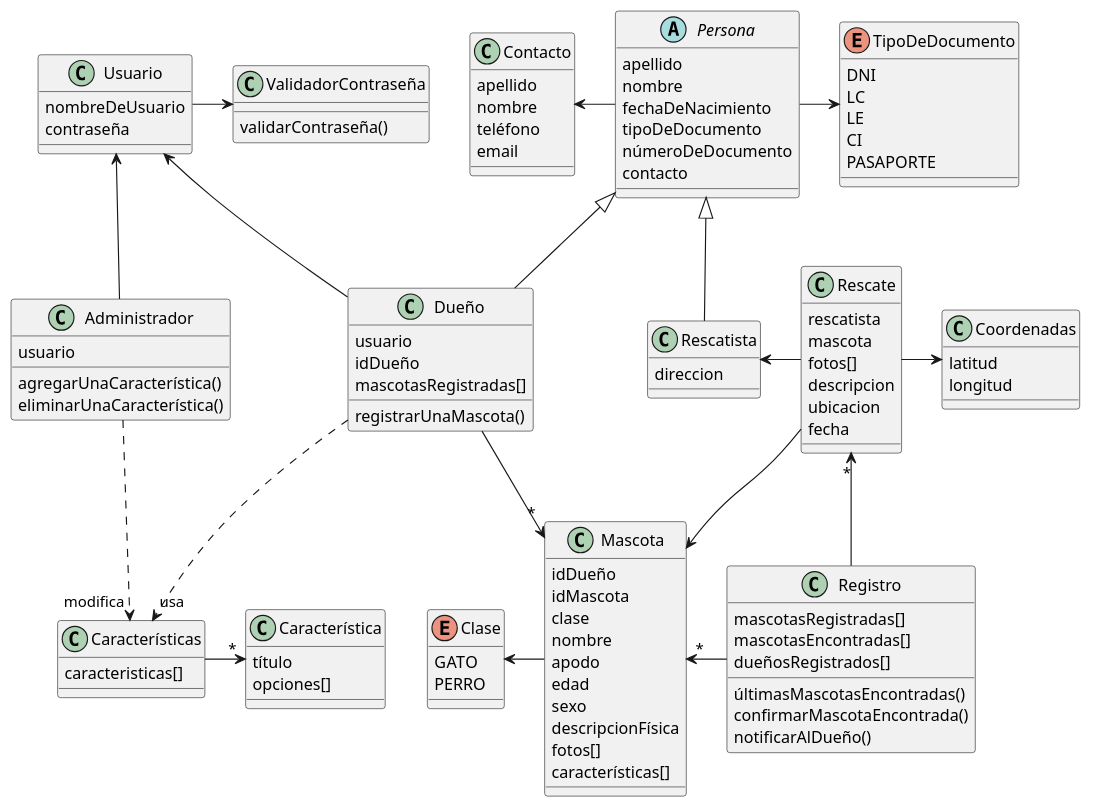
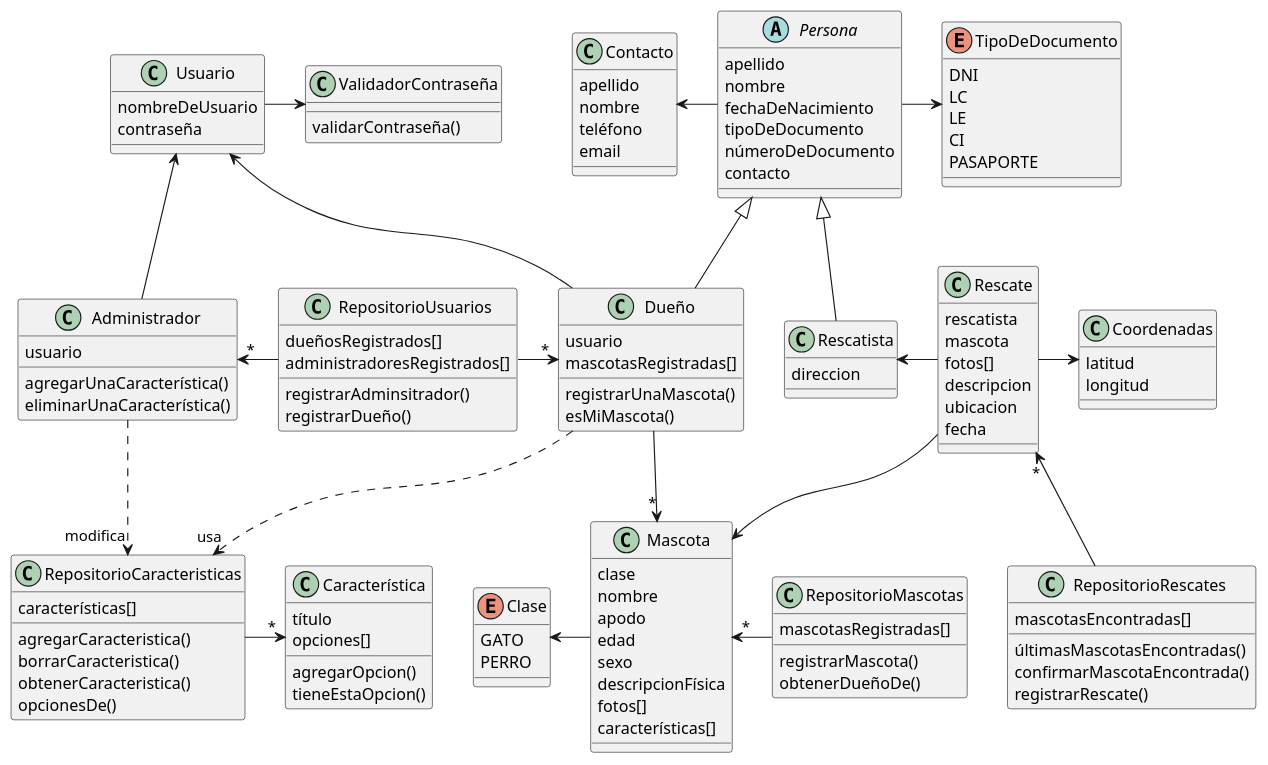
Before and after one commit to aleeherasimiuk/RescateDePatitas: the diagram in diagramaDeClases.plantuml, drawn with PlantUML.

Commit message:
Modificamos diagrama de clases

```diff
--- a/diagramaDeClases.plantuml
+++ b/diagramaDeClases.plantuml
@@ -1,133 +1,148 @@
 @startuml RescateDePatitas
 
 
 abstract class Persona{
   apellido
   nombre
   fechaDeNacimiento
   tipoDeDocumento
   númeroDeDocumento
   contacto
 
 }
 
 class Contacto{
   apellido
   nombre
   teléfono
   email
 }
 
 class Rescatista{
   direccion
 }
 
 class Mascota{
-  idDueño
-  idMascota
   clase
   nombre
   apodo
   edad
   sexo
   descripcionFísica
   fotos[]
   características[]
 }
 
 enum Clase{
   GATO
   PERRO
 }
 
 
 enum TipoDeDocumento{
   DNI
   LC /' Libreta Cívica '/
   LE /' Libreta de Enrolamiento '/
   CI /' Cédula de Identidad '/
   PASAPORTE
 }
 
 class Rescate{
   rescatista
   mascota
   fotos[]
   descripcion
   ubicacion
   fecha
 }
 
 class Coordenadas{
   latitud
   longitud
 }
 
 class Usuario{
   nombreDeUsuario
   contraseña
 }
 
 class Administrador{
-
   usuario
-
   agregarUnaCaracterística()
   eliminarUnaCaracterística()
 
 }
 
 class Dueño{
   usuario
-  idDueño
   mascotasRegistradas[]
   registrarUnaMascota()
+  esMiMascota()
 }
 
 
-class Registro{
+class RepositorioUsuarios{
+  dueñosRegistrados[]
+  administradoresRegistrados[]
+  registrarAdminsitrador()
+  registrarDueño()
+}
+
+class RepositorioMascotas{
   mascotasRegistradas[]
+  registrarMascota()
+  obtenerDueñoDe()
+}
+
+class RepositorioRescates{
   mascotasEncontradas[]
-  dueñosRegistrados[]
   últimasMascotasEncontradas()
   confirmarMascotaEncontrada()
-  notificarAlDueño()
+  registrarRescate()
 }
 
 
 class Característica{
   título
   opciones[]
+  agregarOpcion()
+  tieneEstaOpcion()
 }
 
-class Características{
-  caracteristicas[]
+class RepositorioCaracteristicas{
+  características[]
+  agregarCaracteristica()
+  borrarCaracteristica()
+  obtenerCaracteristica()
+  opcionesDe()
 }
 
 class ValidadorContraseña{
   validarContraseña()
 }
 
 
 Rescatista -u-|> Persona
 Rescate -l-> Rescatista
 Usuario -> ValidadorContraseña
 Dueño -u-> Usuario
 Rescate -d-> Mascota
-Registro -l-> "*" Mascota
-Registro -l-> "*" Rescate
+RepositorioMascotas -l-> "*" Mascota
+RepositorioRescates -u-> "*" Rescate
+RepositorioUsuarios -l-> "*" Administrador
+RepositorioUsuarios -r-> "*" Dueño
 Persona -> TipoDeDocumento
 Dueño -u-|> Persona
 Persona -l-> Contacto
 Mascota -l-> Clase
 Dueño -d->"*" Mascota
 Administrador -u-> Usuario
 Rescate -> Coordenadas
-Características ->"*" Característica
-Dueño ..>"usa" Características
-Administrador ..>"modifica" Características
+RepositorioCaracteristicas ->"*" Característica
+Dueño ..>"usa" RepositorioCaracteristicas
+Administrador ..>"modifica" RepositorioCaracteristicas
 
 
 
 
 @enduml
```
